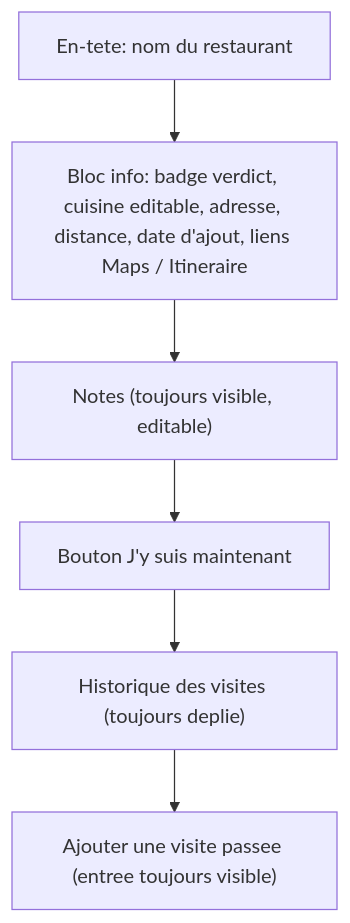
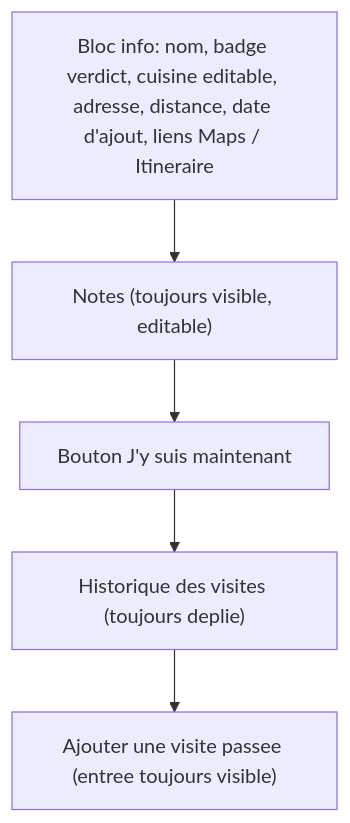
Before and after one commit to baptiste-pasquier/tablemarks: the first of 2 diagrams in docs/plans/2026-08-30-1537-feat-restaurant-modal-redesign-plan.md, drawn with Mermaid. The commit also changed other lines of this file, not shown here.

First line of the commit message:
plan(restaurant-modal-redesign): enrich plan with doc-review fixes and design decisions

````diff
--- a/docs/plans/2026-08-30-1537-feat-restaurant-modal-redesign-plan.md
+++ b/docs/plans/2026-08-30-1537-feat-restaurant-modal-redesign-plan.md
@@ -50,8 +52,7 @@
 ```mermaid
 flowchart TB
-  H["En-tete: nom du restaurant"] --> C["Bloc info: badge verdict, cuisine editable, adresse, distance, date d'ajout, liens Maps / Itineraire"]
-  C --> N["Notes (toujours visible, editable)"]
+  C["Bloc info: nom, badge verdict, cuisine editable, adresse, distance, date d'ajout, liens Maps / Itineraire"] --> N["Notes (toujours visible, editable)"]
   N --> A["Bouton J'y suis maintenant"]
   A --> V["Historique des visites (toujours deplie)"]
   V --> P["Ajouter une visite passee (entree toujours visible)"]
 ```
````
